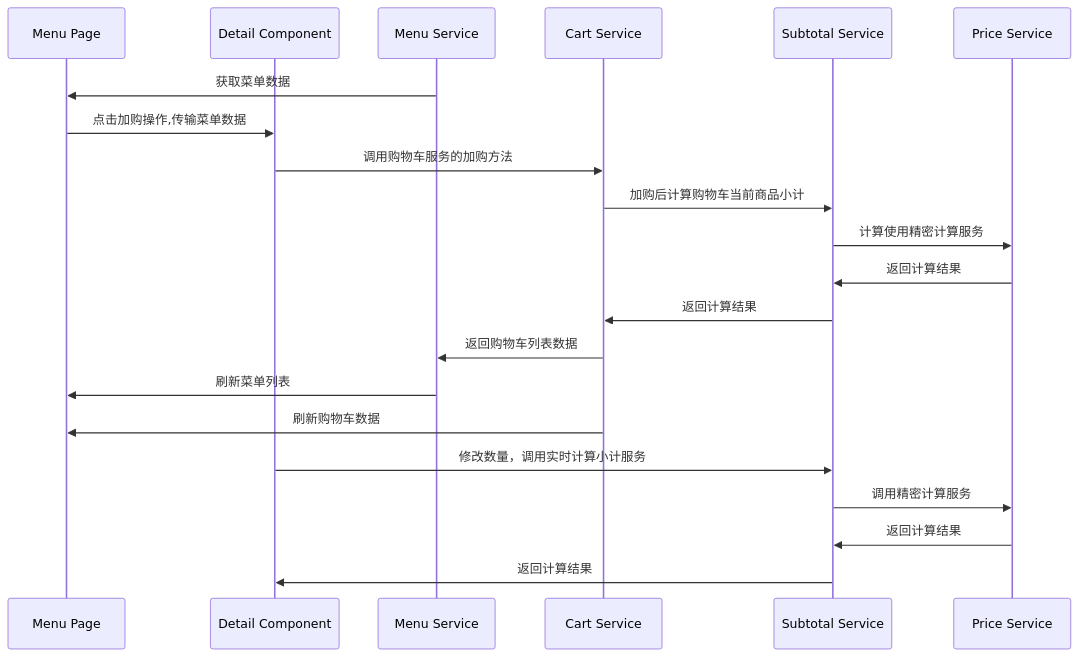
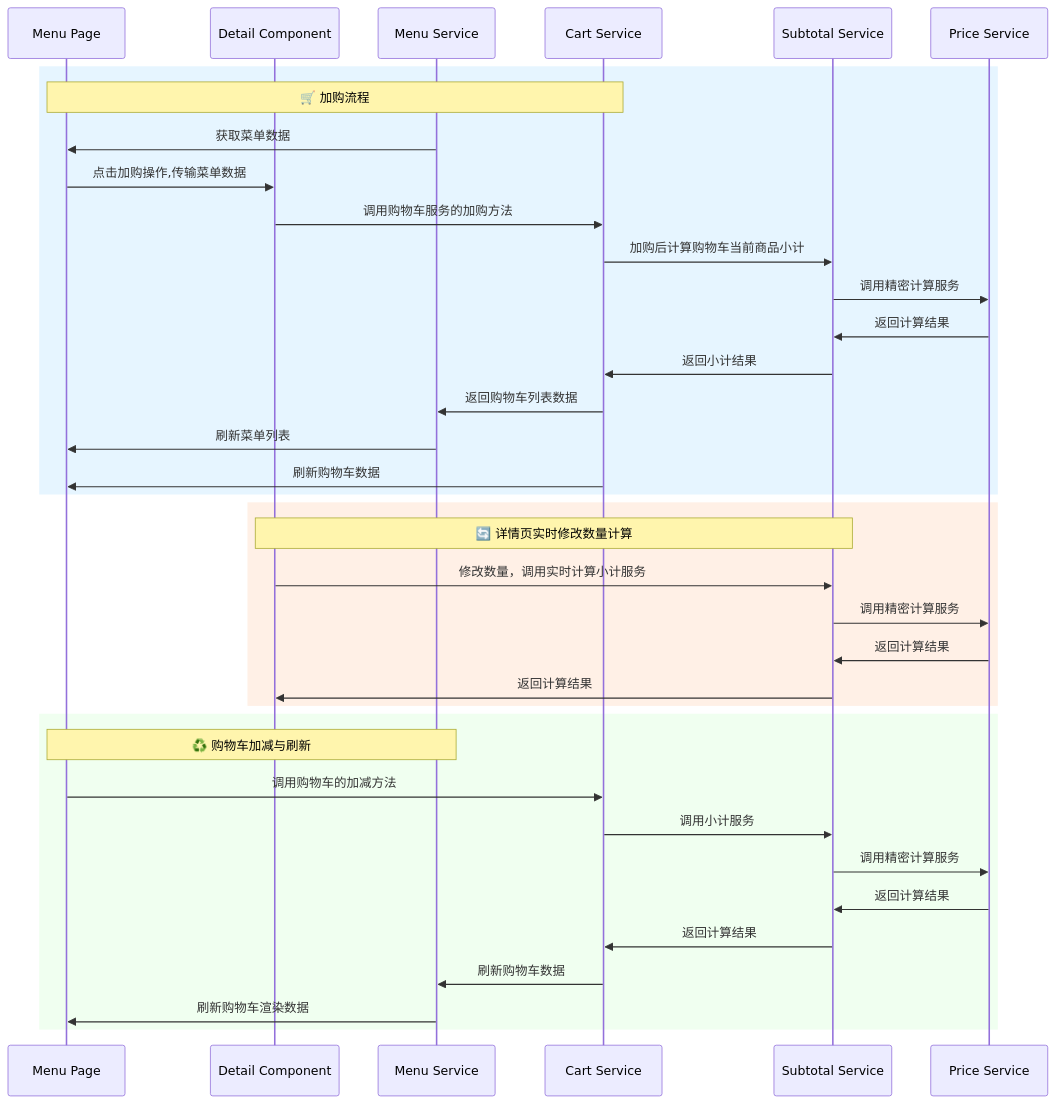
One commit to insket7-dot/cccc changed the diagram in menu.md. Above: the diagram before and after it, drawn with Mermaid.

Commit message:
feat: 更新菜单交互文档

````diff
--- a/menu.md
+++ b/menu.md
@@ -21,24 +21,40 @@
 ```mermaid
 sequenceDiagram
     participant MENU as Menu Page
     participant DETAIL as Detail Component
     participant MenuS as Menu Service
     participant CartS as Cart Service
     participant SubtotalS as Subtotal Service
     participant PriceS as Price Service
-    
-    MenuS->>MENU: 获取菜单数据
-    MENU->>DETAIL: 点击加购操作,传输菜单数据
-    DETAIL->>CartS: 调用购物车服务的加购方法
-    CartS->>SubtotalS: 加购后计算购物车当前商品小计
-    SubtotalS->>PriceS: 计算使用精密计算服务
-    PriceS->>SubtotalS: 返回计算结果
-    SubtotalS->>CartS: 返回计算结果
-    CartS->>MenuS: 返回购物车列表数据
-    MenuS->>MENU: 刷新菜单列表
-    CartS->>MENU: 刷新购物车数据
-    DETAIL->>SubtotalS: 修改数量，调用实时计算小计服务
-    SubtotalS->>PriceS: 调用精密计算服务
-    PriceS->>SubtotalS: 返回计算结果
-    SubtotalS->>DETAIL: 返回计算结果
+
+    rect rgb(230, 245, 255)
+        Note over MENU,CartS: 🛒 加购流程
+        MenuS->>MENU: 获取菜单数据
+        MENU->>DETAIL: 点击加购操作,传输菜单数据
+        DETAIL->>CartS: 调用购物车服务的加购方法
+        CartS->>SubtotalS: 加购后计算购物车当前商品小计
+        SubtotalS->>PriceS: 调用精密计算服务
+        PriceS->>SubtotalS: 返回计算结果
+        SubtotalS->>CartS: 返回小计结果
+        CartS->>MenuS: 返回购物车列表数据
+        MenuS->>MENU: 刷新菜单列表
+        CartS->>MENU: 刷新购物车数据
+    end
+    rect rgb(255, 240, 230)
+        Note over DETAIL,SubtotalS: 🔄 详情页实时修改数量计算
+        DETAIL->>SubtotalS: 修改数量，调用实时计算小计服务
+        SubtotalS->>PriceS: 调用精密计算服务
+        PriceS->>SubtotalS: 返回计算结果
+        SubtotalS->>DETAIL: 返回计算结果
+    end
+    rect rgb(240, 255, 240)
+        Note over MENU,MenuS: ♻️ 购物车加减与刷新
+        MENU->>CartS: 调用购物车的加减方法
+        CartS->>SubtotalS: 调用小计服务
+        SubtotalS->>PriceS: 调用精密计算服务
+        PriceS->>SubtotalS: 返回计算结果
+        SubtotalS->>CartS: 返回计算结果
+        CartS->>MenuS: 刷新购物车数据
+        MenuS->>MENU: 刷新购物车渲染数据
+    end
 ```
````
